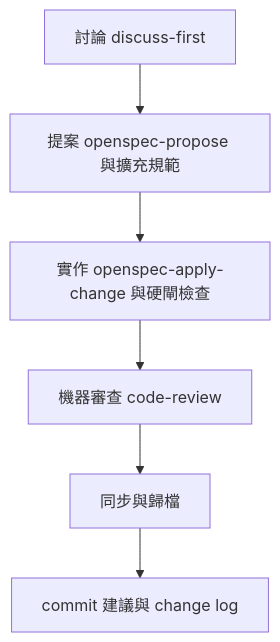
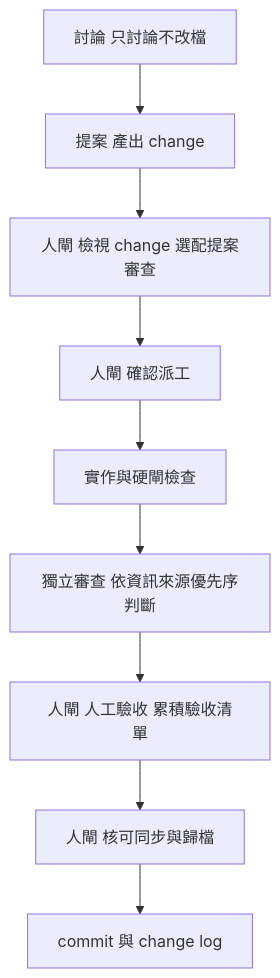
Before and after one commit to nekojuice/.agents: the first of 2 diagrams in README.md, drawn with Mermaid. The commit also changed other lines of this file, not shown here.

````diff
--- a/README.md
+++ b/README.md
@@ -48,8 +60,11 @@
 ```mermaid
 flowchart TD
-  A[討論 discuss-first] --> B[提案 openspec-propose 與擴充規範]
-  B --> C[實作 openspec-apply-change 與硬閘檢查]
-  C --> D[機器審查 code-review]
-  D --> E[同步與歸檔]
-  E --> F[commit 建議與 change log]
+  A[討論 只討論不改檔] --> B[提案 產出 change]
+  B --> C[人閘 檢視 change 選配提案審查]
+  C --> D[人閘 確認派工]
+  D --> E[實作與硬閘檢查]
+  E --> F[獨立審查 依資訊來源優先序判斷]
+  F --> G[人閘 人工驗收 累積驗收清單]
+  G --> H[人閘 核可同步與歸檔]
+  H --> I[commit 與 change log]
 ```
````
